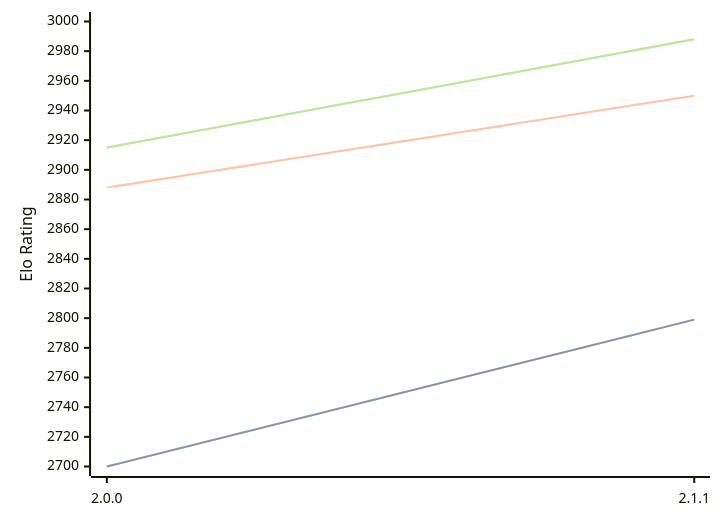
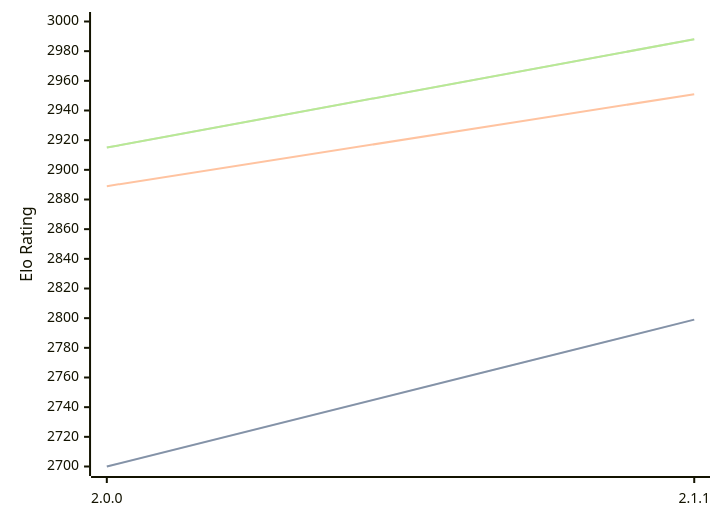
One commit to computer-chess-index/cci changed the diagram in engines/Bread.md. Above: the diagram before and after it, drawn with Mermaid. The commit also changed other lines of this file, not shown here.

````diff
--- a/engines/Bread.md
+++ b/engines/Bread.md
@@ -47,11 +47,11 @@
 ```mermaid
 %%{init: {"theme":"base","themeVariables":{"seriesColors:['#a3a3a3','#222221','#faa371']}}}%%
 xychart-beta
   x-axis ["2.0.0", "2.1.1"]
   y-axis "Elo Rating" 2700 --> 3000
   line "STC (8.0+0.08s)" [2700, 2799]
   line "STC (8.0+0.08s)" [2700, 2799]
-  line "LTC (60.0+0.60s)" [2888, 2950]
+  line "LTC (60.0+0.60s)" [2889, 2951]
   line "VLTC (2m24s+1.12s)" [2915, 2988]
   line "VLTC (2m24s+1.12s)" [2915, 2988]
 ```
````
